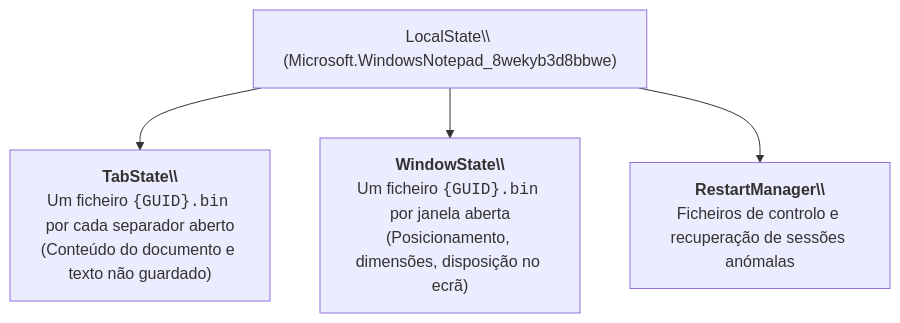
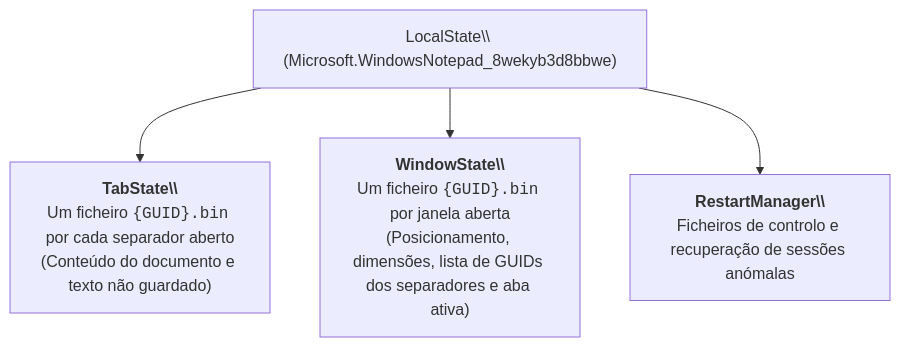
One commit to IanR0sal3s/MCIF-Vault changed the first of 2 diagrams in ASSI/Capítulo 01 - Sistemas Operativos, Serviços e Artefactos/15 - Aplicações Modernas e Matriz Forense/Artefacto Forense do Bloco de Notas (Notepad Windows 11).md. Above: the diagram before and after it, drawn with Mermaid. The commit also changed other lines of this file and 140 other files, not shown here.

````diff
--- a/ASSI/Capítulo 01 - Sistemas Operativos, Serviços e Artefactos/15 - Aplicações Modernas e Matriz Forense/Artefacto Forense do Bloco de Notas (Notepad Windows 11).md
+++ b/ASSI/Capítulo 01 - Sistemas Operativos, Serviços e Artefactos/15 - Aplicações Modernas e Matriz Forense/Artefacto Forense do Bloco de Notas (Notepad Windows 11).md
@@ -46,6 +50,6 @@
 ```mermaid
 flowchart TD
     LocalState["LocalState\\ (Microsoft.WindowsNotepad_8wekyb3d8bbwe)"] --> TabState["<b>TabState\\</b><br/>Um ficheiro <code>{GUID}.bin</code> por cada separador aberto<br/>(Conteúdo do documento e texto não guardado)"]
-    LocalState --> WindowState["<b>WindowState\\</b><br/>Um ficheiro <code>{GUID}.bin</code> por janela aberta<br/>(Posicionamento, dimensões, disposição no ecrã)"]
+    LocalState --> WindowState["<b>WindowState\\</b><br/>Um ficheiro <code>{GUID}.bin</code> por janela aberta<br/>(Posicionamento, dimensões, lista de GUIDs dos separadores e aba ativa)"]
     LocalState --> RestartMgr["<b>RestartManager\\</b><br/>Ficheiros de controlo e recuperação de sessões anómalas"]
 ```
````
